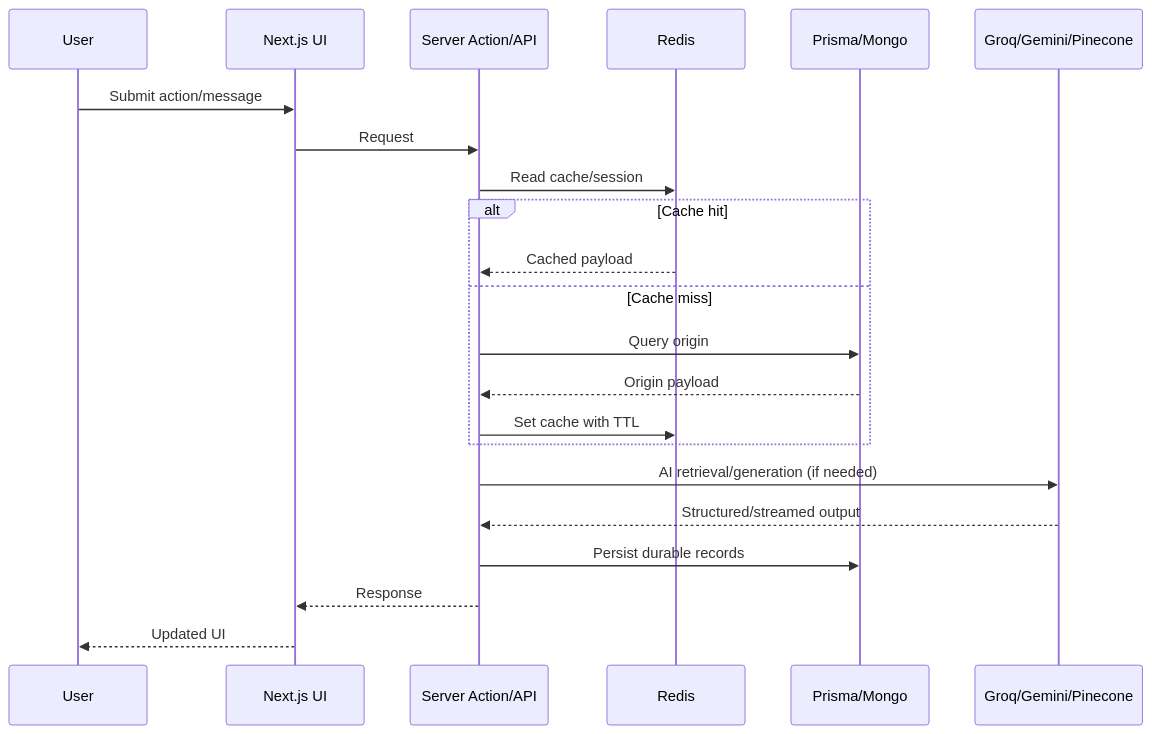
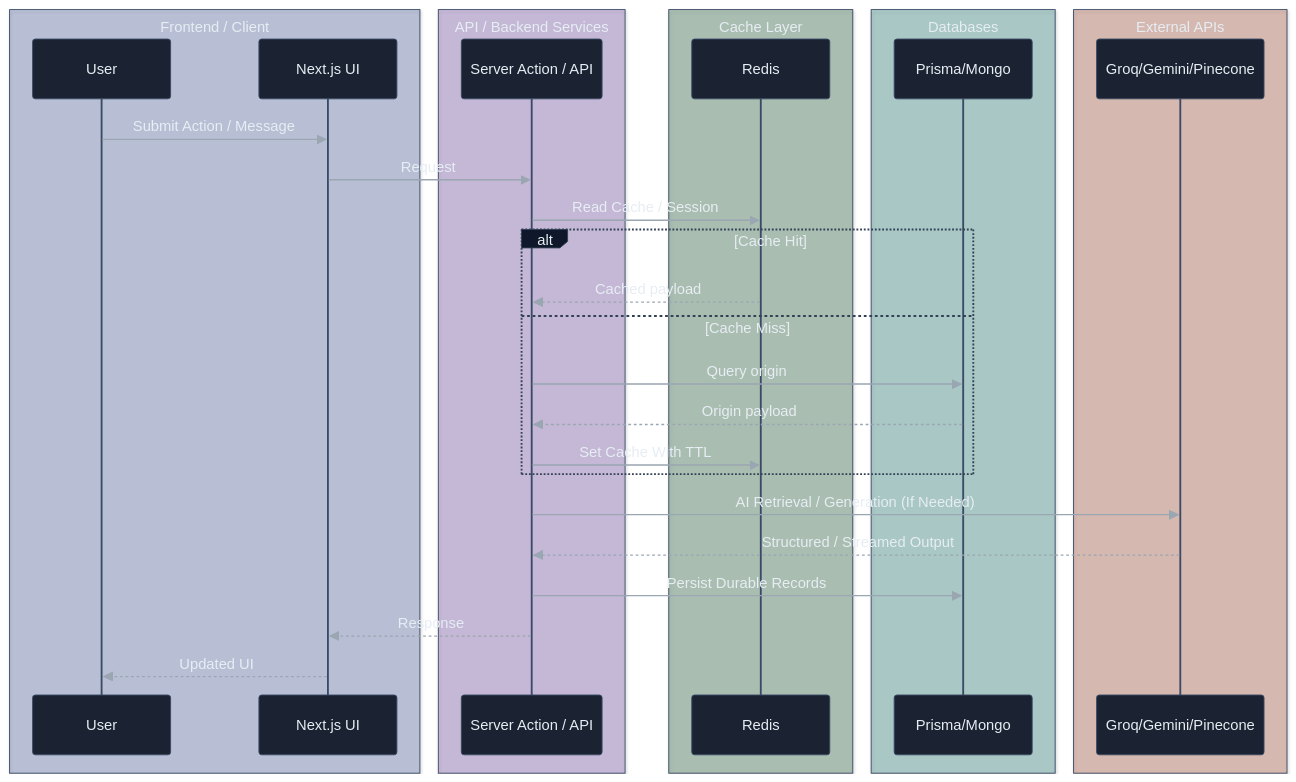
The second of 6 diagrams in COMPREHENSIVE_README.md (AbhinavSinghBhadouria/InterViewX), drawn with Mermaid before and after one commit. The commit also changed other lines of this file and 1 other file, not shown here.

Commit message:
Add styling to mermaid diagrams

````diff
--- a/COMPREHENSIVE_README.md
+++ b/COMPREHENSIVE_README.md
@@ -76,25 +89,36 @@
 ```mermaid
+%%{init: {"theme": "base", "themeVariables": {"background": "#0b1020", "primaryColor": "#1b2333", "primaryBorderColor": "#3a4a66", "primaryTextColor": "#e6edf3", "lineColor": "#9aa6b2", "actorBkg": "#1b2333", "actorBorder": "#3a4a66", "actorTextColor": "#e6edf3", "signalColor": "#9aa6b2", "signalTextColor": "#e6edf3", "labelBoxBkgColor": "#0f172a", "labelBoxBorderColor": "#334155", "loopTextColor": "#e6edf3"}}}%%
 sequenceDiagram
-  participant U as User
-  participant FE as Next.js UI
-  participant SA as Server Action/API
-  participant RC as Redis
-  participant DB as Prisma/Mongo
-  participant AI as Groq/Gemini/Pinecone
+  box rgb(30,58,138,0.25) Frontend / Client
+    participant U as User
+    participant FE as Next.js UI
+  end
+  box rgb(76,29,149,0.25) API / Backend Services
+    participant SA as Server Action / API
+  end
+  box rgb(20,83,45,0.30) Cache Layer
+    participant RC as Redis
+  end
+  box rgb(15,118,110,0.30) Databases
+    participant DB as Prisma/Mongo
+  end
+  box rgb(154,52,18,0.28) External APIs
+    participant AI as Groq/Gemini/Pinecone
+  end
 
-  U->>FE: Submit action/message
+  U->>FE: Submit Action / Message
   FE->>SA: Request
-  SA->>RC: Read cache/session
-  alt Cache hit
+  SA->>RC: Read Cache / Session
+  alt Cache Hit
     RC-->>SA: Cached payload
-  else Cache miss
+  else Cache Miss
     SA->>DB: Query origin
     DB-->>SA: Origin payload
-    SA->>RC: Set cache with TTL
+    SA->>RC: Set Cache With TTL
   end
-  SA->>AI: AI retrieval/generation (if needed)
-  AI-->>SA: Structured/streamed output
-  SA->>DB: Persist durable records
+  SA->>AI: AI Retrieval / Generation (If Needed)
+  AI-->>SA: Structured / Streamed Output
+  SA->>DB: Persist Durable Records
   SA-->>FE: Response
   FE-->>U: Updated UI
 ```
````
